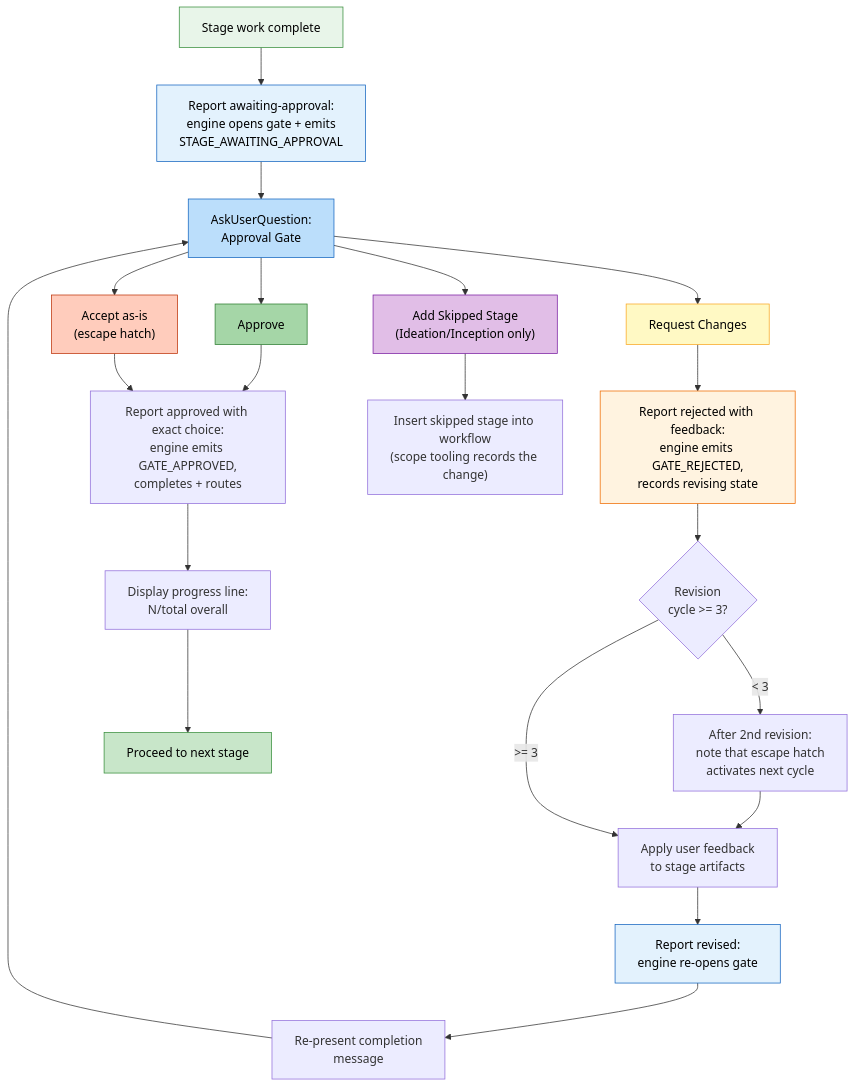
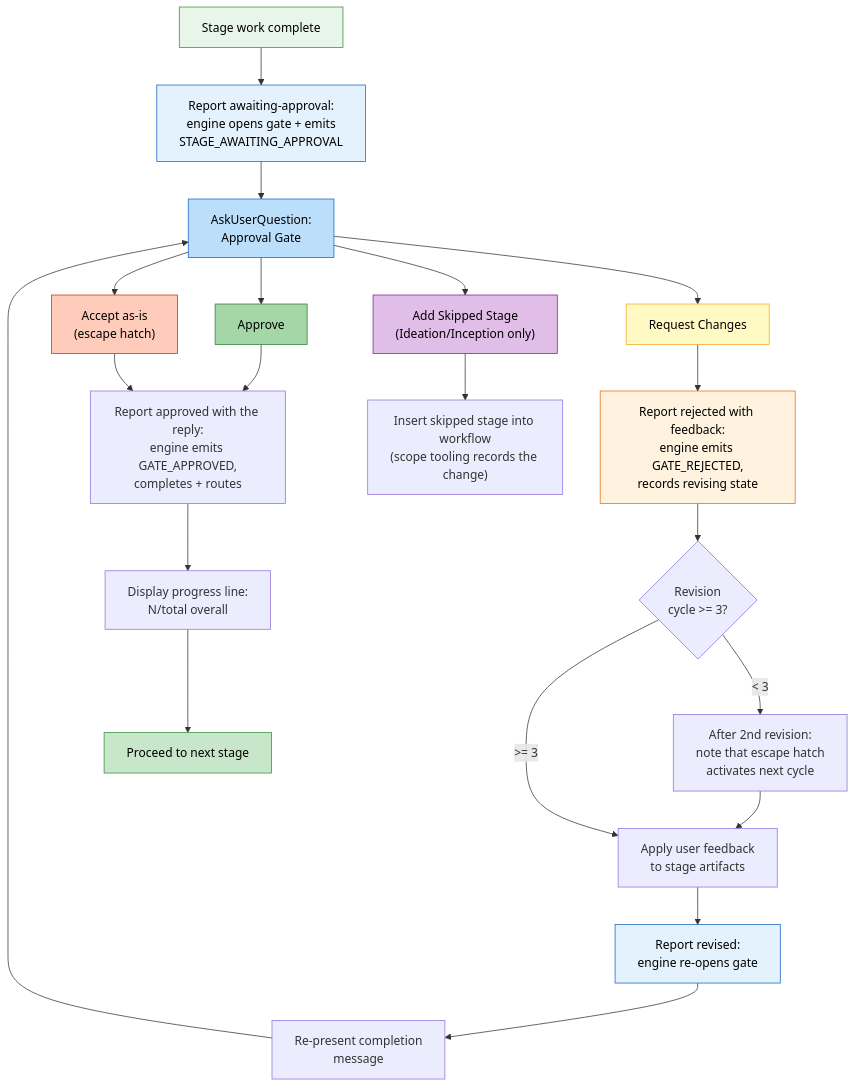
One commit to awslabs/aidlc-workflows changed the diagram in docs/guide/07-interaction-modes.md. Above: the diagram before and after it, drawn with Mermaid. The commit also changed other lines of this file and 36 other files, not shown here.

````diff
--- a/docs/guide/07-interaction-modes.md
+++ b/docs/guide/07-interaction-modes.md
@@ -98,51 +111,51 @@
 ```mermaid
 flowchart TD
     COMPLETE["Stage work complete"]
     REPORT_AWAITING["Report awaiting-approval:\nengine opens gate + emits\nSTAGE_AWAITING_APPROVAL"]
     ASK["AskUserQuestion:\nApproval Gate"]
 
     APPROVE["Approve"]
     CHANGES["Request Changes"]
     ACCEPT["Accept as-is\n(escape hatch)"]
     ADD_STAGE["Add Skipped Stage\n(Ideation/Inception only)"]
 
     REVISION_COUNT{"Revision\ncycle >= 3?"}
     NOTE_2ND["After 2nd revision:\nnote that escape hatch\nactivates next cycle"]
 
-    REPORT_APPROVED["Report approved with exact choice:\nengine emits GATE_APPROVED,\ncompletes + routes"]
+    REPORT_APPROVED["Report approved with the reply:\nengine emits GATE_APPROVED,\ncompletes + routes"]
     REPORT_REJECTED["Report rejected with feedback:\nengine emits GATE_REJECTED,\nrecords revising state"]
     REPORT_REVISED["Report revised:\nengine re-opens gate"]
     PROGRESS["Display progress line:\nN/total overall"]
     NEXT_STAGE["Proceed to next stage"]
 
     REVISE["Apply user feedback\nto stage artifacts"]
     RE_PRESENT["Re-present completion\nmessage"]
 
     ADD_EXEC["Insert skipped stage into workflow\n(scope tooling records the change)"]
 
     COMPLETE --> REPORT_AWAITING --> ASK
     ASK --> APPROVE
     ASK --> CHANGES
     ASK --> ACCEPT
     ASK --> ADD_STAGE
 
     APPROVE --> REPORT_APPROVED --> PROGRESS --> NEXT_STAGE
     ACCEPT --> REPORT_APPROVED
 
     CHANGES --> REPORT_REJECTED --> REVISION_COUNT
     REVISION_COUNT -->|"< 3"| NOTE_2ND --> REVISE --> REPORT_REVISED --> RE_PRESENT --> ASK
     REVISION_COUNT -->|">= 3"| REVISE
 
     ADD_STAGE --> ADD_EXEC
 
     style COMPLETE fill:#e8f5e9,stroke:#388e3c,color:#000
     style REPORT_AWAITING fill:#e3f2fd,stroke:#1565c0,color:#000
     style ASK fill:#bbdefb,stroke:#1565c0,color:#000
     style APPROVE fill:#a5d6a7,stroke:#2e7d32,color:#000
     style CHANGES fill:#fff9c4,stroke:#f9a825,color:#000
     style REPORT_REJECTED fill:#fff3e0,stroke:#ef6c00,color:#000
     style REPORT_REVISED fill:#e3f2fd,stroke:#1565c0,color:#000
     style ACCEPT fill:#ffccbc,stroke:#bf360c,color:#000
     style ADD_STAGE fill:#e1bee7,stroke:#7b1fa2,color:#000
     style NEXT_STAGE fill:#c8e6c9,stroke:#388e3c,color:#000
 ```
````
